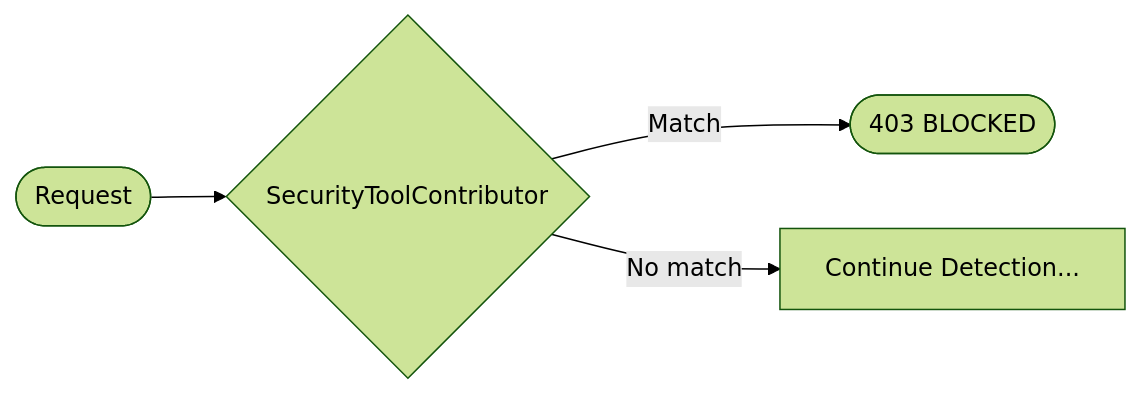
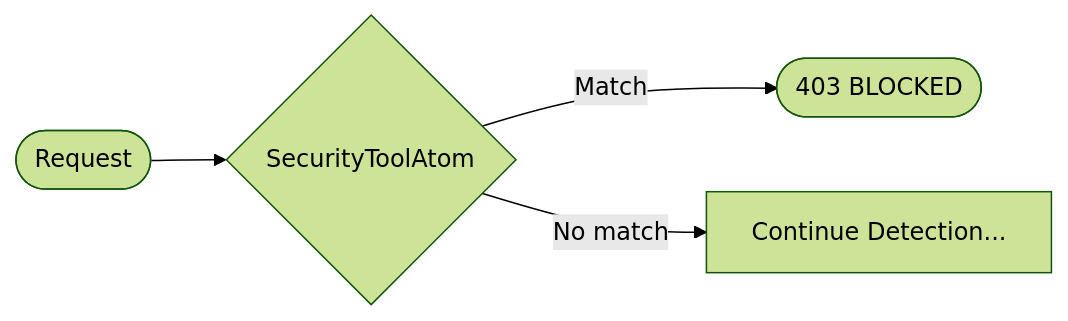
Before and after one commit to scottgal/stylobot: the diagram in src/Mostlylucid.BotDetection/docs/security-tools-detection.md, drawn with Mermaid (forest theme). The commit also changed other lines of this file and 53 other files, not shown here.

````diff
--- a/src/Mostlylucid.BotDetection/docs/security-tools-detection.md
+++ b/src/Mostlylucid.BotDetection/docs/security-tools-detection.md
@@ -12,6 +12,6 @@
 ```mermaid
 flowchart LR
-    Request([Request]) --> SecurityTool{SecurityToolContributor}
+    Request([Request]) --> SecurityTool{SecurityToolAtom}
     SecurityTool -->|Match| Block([403 BLOCKED])
     SecurityTool -->|No match| Continue[Continue Detection...]
 ```
````
